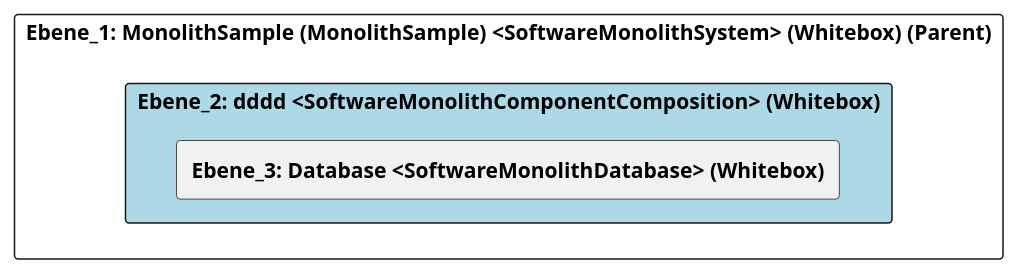
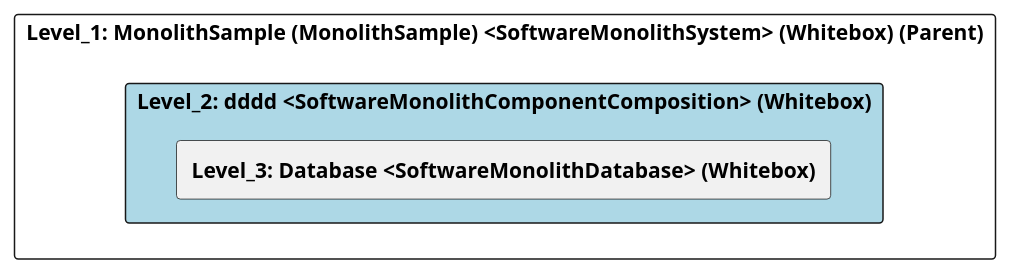
Before and after one commit to marcozwyssig/cleon: the diagram in src/cleon.architecturemethods.arc42.sample/doc/cleon_architecturemethods_arc42_sample_software_monolith/adoc/en/05_building_block_view/monolithsample/dddd/level_2_dddd.adoc, drawn with PlantUML. The commit also changed other lines of this file and 169 other files, not shown here.

```diff
--- a/src/cleon.architecturemethods.arc42.sample/doc/cleon_architecturemethods_arc42_sample_software_monolith/adoc/en/05_building_block_view/monolithsample/dddd/level_2_dddd.adoc
+++ b/src/cleon.architecturemethods.arc42.sample/doc/cleon_architecturemethods_arc42_sample_software_monolith/adoc/en/05_building_block_view/monolithsample/dddd/level_2_dddd.adoc
@@ -24,24 +24,24 @@
-[plantuml, Ebene_2: dddd <SoftwareMonolithComponentComposition> (Whitebox)BlockOverview, format="svg"]
+[plantuml, Level_2: dddd <SoftwareMonolithComponentComposition> (Whitebox)BlockOverview, format="svg"]
 ----
-@startuml Ebene_2: dddd <SoftwareMonolithComponentComposition> (Whitebox)BuildingBlockOverview
+@startuml Level_2: dddd <SoftwareMonolithComponentComposition> (Whitebox)BuildingBlockOverview
 
 skinparam ranksep 10
 skinparam componentStyle rectangle
 skinparam shadowing false
 skinparam arrowColor lightblue
 skinparam arrowThickness 1.2
 skinparam rectangle {
   BackgroundColor White
   BorderColor #333
   RoundCorner 10
 }
 top to bottom direction
 
-component "Ebene_1: MonolithSample (MonolithSample) <SoftwareMonolithSystem> (Whitebox) (Parent)" {
-    component "Ebene_2: dddd <SoftwareMonolithComponentComposition> (Whitebox)" #lightblue {
-        [**Ebene_3: Database <SoftwareMonolithDatabase> (Whitebox)**] as 958E2EF1_CB0A_11F0_AD08_33C52ACB975F
+component "Level_1: MonolithSample (MonolithSample) <SoftwareMonolithSystem> (Whitebox) (Parent)" {
+    component "Level_2: dddd <SoftwareMonolithComponentComposition> (Whitebox)" #lightblue {
+        [**Level_3: Database <SoftwareMonolithDatabase> (Whitebox)**] as 958E2EF1_CB0A_11F0_AD08_33C52ACB975F
     }
 }
 
 @enduml
 ----
```
